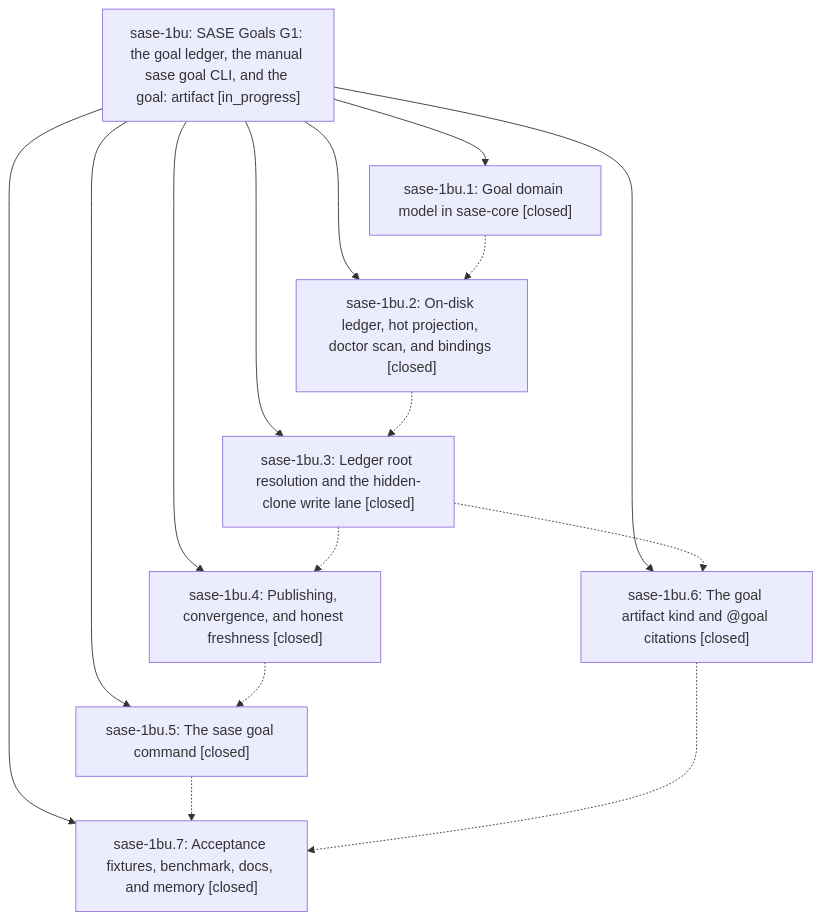
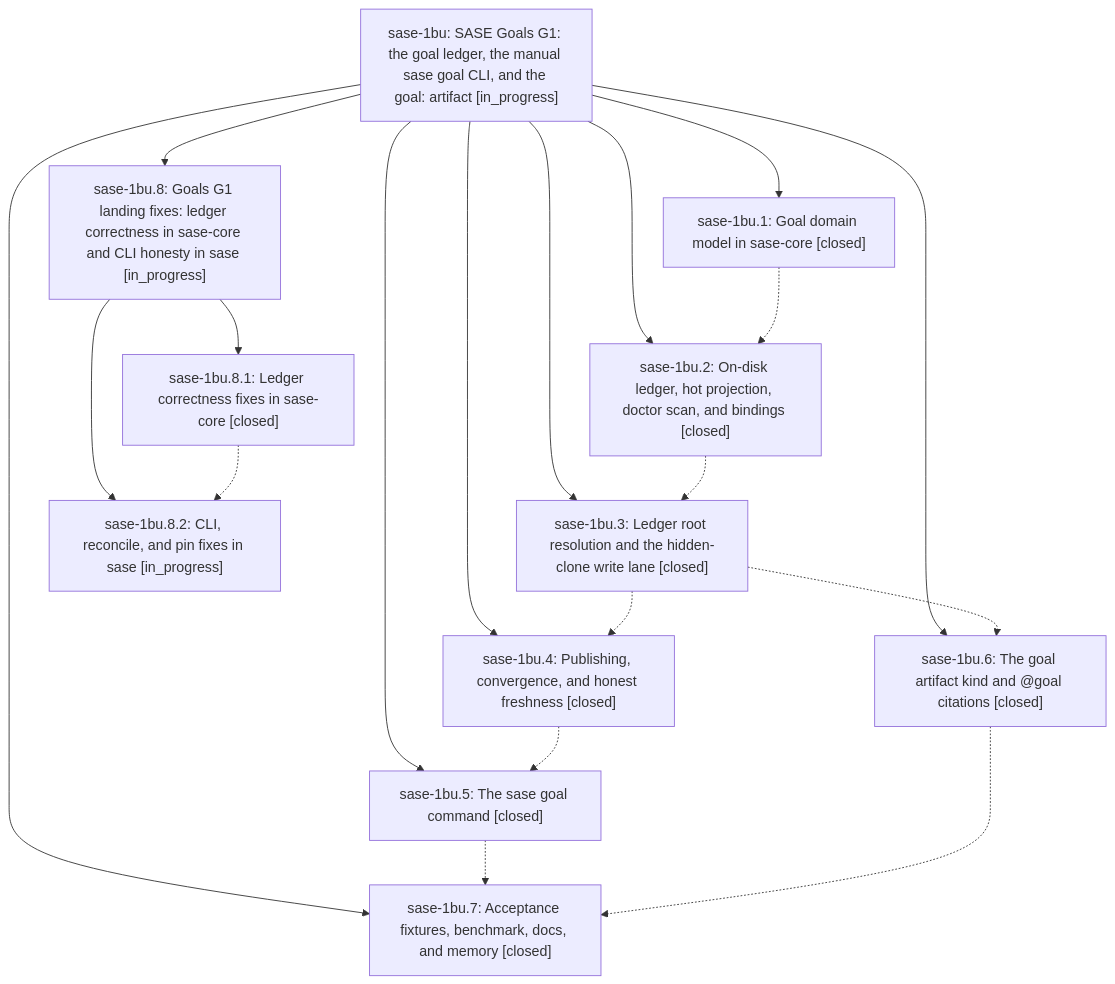
One commit to sase-org/sase--beads changed the diagram in pages/sase-1bu/README.md. Above: the diagram before and after it, drawn with Mermaid. The commit also changed other lines of this file and 4 other files, not shown here.

````diff
--- a/pages/sase-1bu/README.md
+++ b/pages/sase-1bu/README.md
@@ -46,25 +52,32 @@
 ```mermaid
 flowchart TD
     n0["sase-1bu: SASE Goals G1: the goal ledger, the manual sase goal CLI, and the goal: artifact [in_progress]"]
     n1["sase-1bu.1: Goal domain model in sase-core [closed]"]
     n2["sase-1bu.2: On-disk ledger, hot projection, doctor scan, and bindings [closed]"]
     n3["sase-1bu.3: Ledger root resolution and the hidden-clone write lane [closed]"]
     n4["sase-1bu.4: Publishing, convergence, and honest freshness [closed]"]
     n5["sase-1bu.5: The sase goal command [closed]"]
     n6["sase-1bu.6: The goal artifact kind and @goal citations [closed]"]
     n7["sase-1bu.7: Acceptance fixtures, benchmark, docs, and memory [closed]"]
+    n8["sase-1bu.8: Goals G1 landing fixes: ledger correctness in sase-core and CLI honesty in sase [in_progress]"]
+    n9["sase-1bu.8.1: Ledger correctness fixes in sase-core [closed]"]
+    n10["sase-1bu.8.2: CLI, reconcile, and pin fixes in sase [in_progress]"]
     n0 --> n1
     n0 --> n2
     n0 --> n3
     n0 --> n4
     n0 --> n5
     n0 --> n6
     n0 --> n7
+    n0 --> n8
+    n8 --> n9
+    n8 --> n10
     n1 -.-> n2
     n2 -.-> n3
     n3 -.-> n4
     n3 -.-> n6
     n4 -.-> n5
     n5 -.-> n7
     n6 -.-> n7
+    n9 -.-> n10
 ```
````
